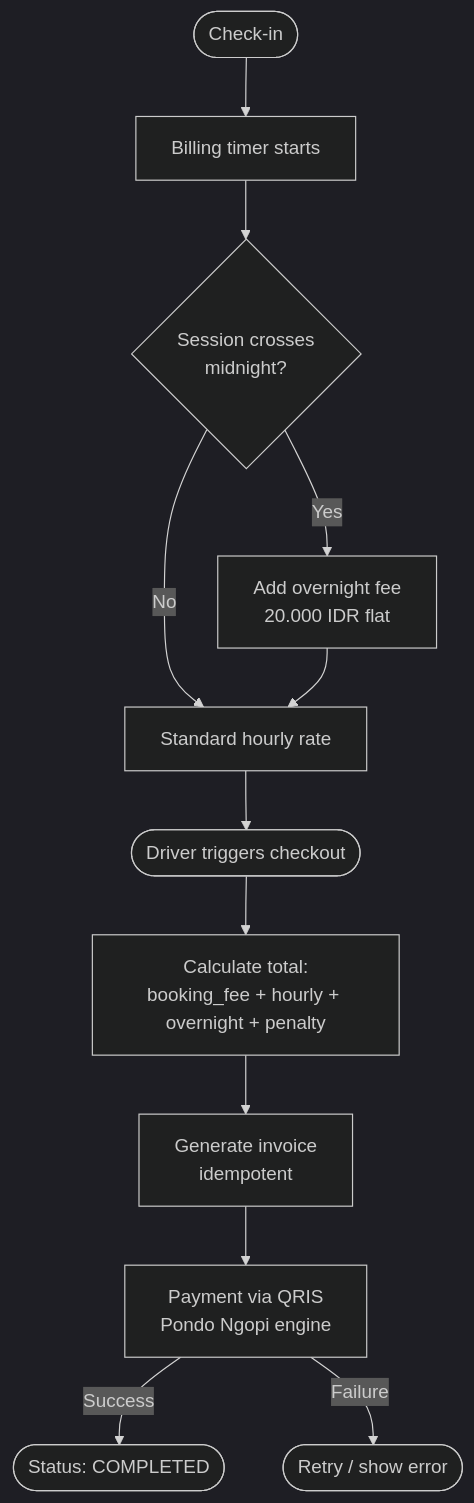
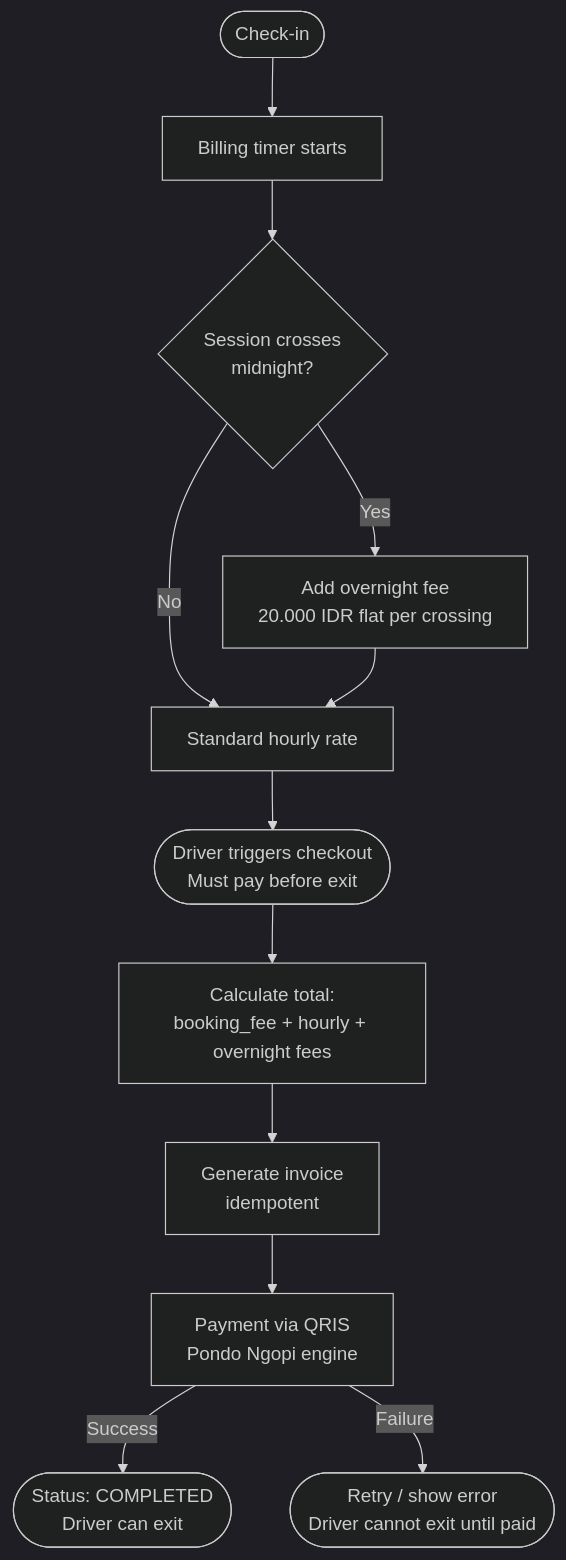
One commit to ParkirPintar/parkir-pintar-backend changed the third of 23 diagrams in README.md. Above: the diagram before and after it, drawn with Mermaid (dark theme). The commit also changed other lines of this file and 42 other files, not shown here.

````diff
--- a/README.md
+++ b/README.md
@@ -202,14 +208,14 @@
 ```mermaid
 flowchart TD
     A([Check-in]) --> B[Billing timer starts]
     B --> C{Session crosses\nmidnight?}
-    C -->|Yes| D[Add overnight fee\n20.000 IDR flat]
+    C -->|Yes| D[Add overnight fee\n20.000 IDR flat per crossing]
     C -->|No| E[Standard hourly rate]
     D --> E
-    E --> F([Driver triggers checkout])
-    F --> G[Calculate total:\nbooking_fee + hourly + overnight + penalty]
+    E --> F([Driver triggers checkout\nMust pay before exit])
+    F --> G[Calculate total:\nbooking_fee + hourly + overnight fees]
     G --> H[Generate invoice\nidempotent]
     H --> I[Payment via QRIS\nPondo Ngopi engine]
-    I -->|Success| J([Status: COMPLETED])
-    I -->|Failure| K([Retry / show error])
+    I -->|Success| J([Status: COMPLETED\nDriver can exit])
+    I -->|Failure| K([Retry / show error\nDriver cannot exit until paid])
 ```
````
